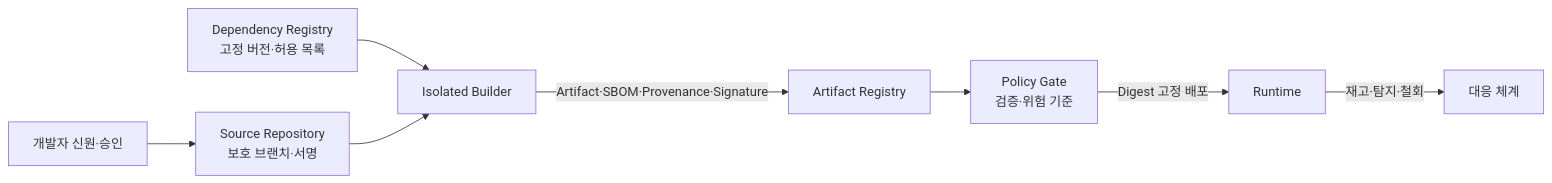
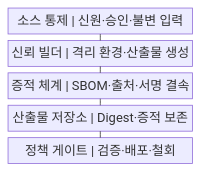
The first of 2 diagrams in src/content/docs/notes/03-software/185_software_supply_chain_security.md (agnusdei1207/knowledge-base), drawn with Mermaid before and after one commit. The commit also changed other lines of this file and 20 other files, not shown here.

````diff
--- a/src/content/docs/notes/03-software/185_software_supply_chain_security.md
+++ b/src/content/docs/notes/03-software/185_software_supply_chain_security.md
@@ -60,10 +56,13 @@
 ```mermaid
-flowchart LR
-    I["개발자 신원·승인"] --> S["Source Repository<br/>보호 브랜치·서명"]
-    D["Dependency Registry<br/>고정 버전·허용 목록"] --> B["Isolated Builder"]
-    S --> B
-    B -->|"Artifact·SBOM·Provenance·Signature"| R["Artifact Registry"]
-    R --> G["Policy Gate<br/>검증·위험 기준"]
-    G -->|"Digest 고정 배포"| O["Runtime"]
-    O -->|"재고·탐지·철회"| X["대응 체계"]
+block
+    columns 1
+    A["소스 통제 | 신원·승인·불변 입력"]
+    B["신뢰 빌더 | 격리 환경·산출물 생성"]
+    C["증적 체계 | SBOM·출처·서명 결속"]
+    D["산출물 저장소 | Digest·증적 보존"]
+    E["정책 게이트 | 검증·배포·철회"]
+    A --- B
+    B --- C
+    C --- D
+    D --- E
 ```
````
